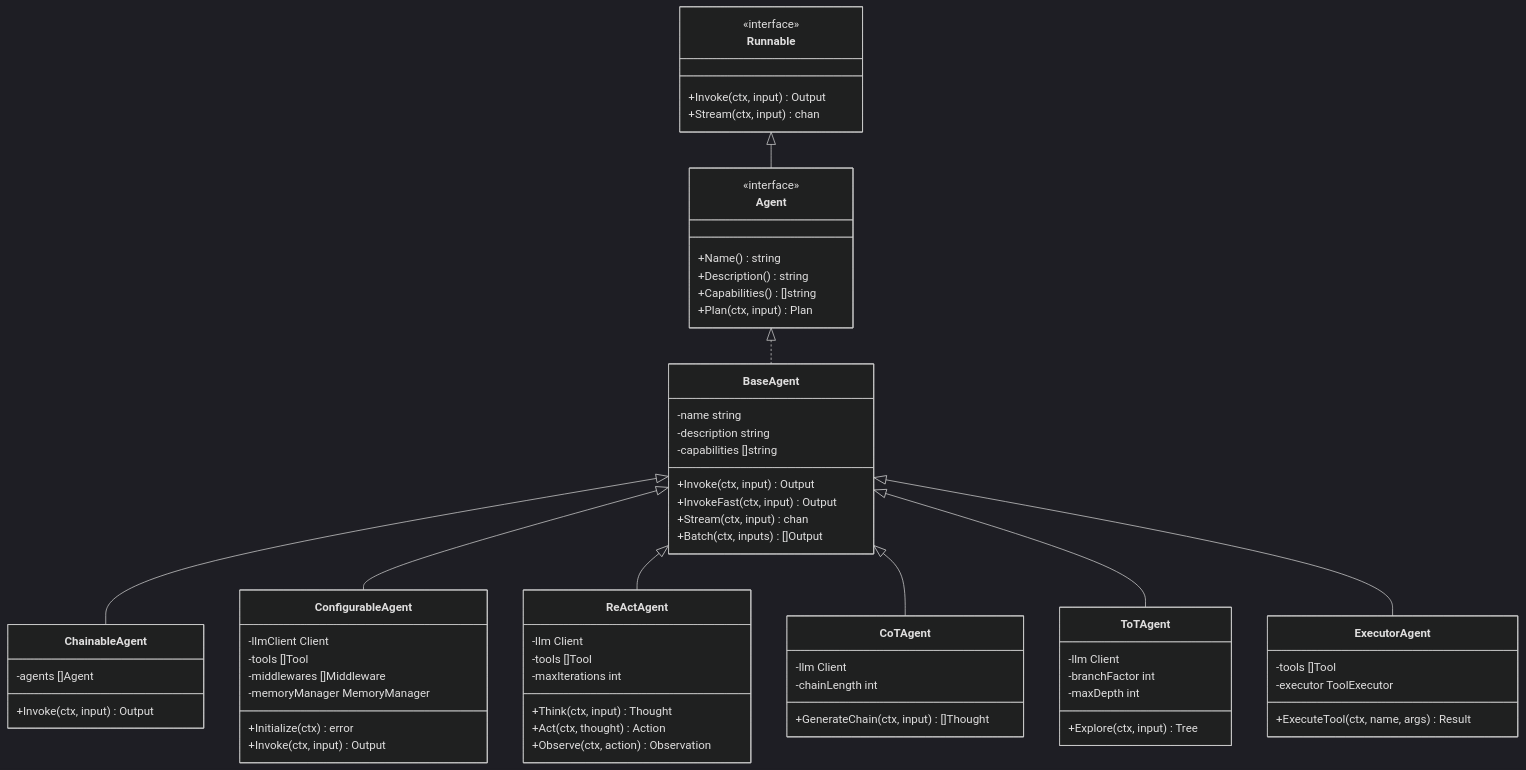
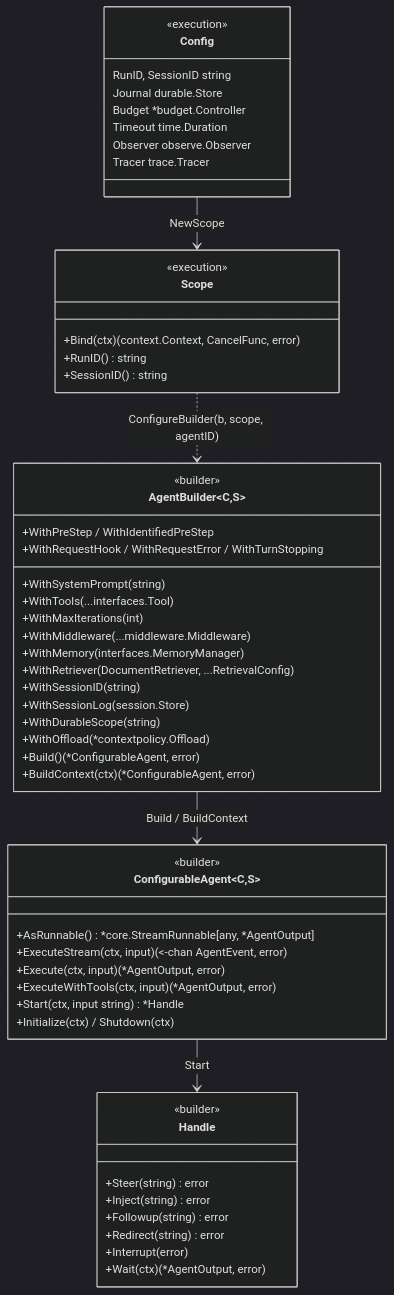
Before and after one commit to kart-io/goagent: the first of 5 diagrams in docs/architecture/COMPONENT_DIAGRAM.md, drawn with Mermaid (dark theme). The commit also changed other lines of this file and 87 other files, not shown here.

````diff
--- a/docs/architecture/COMPONENT_DIAGRAM.md
+++ b/docs/architecture/COMPONENT_DIAGRAM.md
@@ -176,77 +7,57 @@
 ```mermaid
 classDiagram
-    class Runnable {
-        <<interface>>
-        +Invoke(ctx, input) Output
-        +Stream(ctx, input) chan
+    class AgentBuilder~C,S~ {
+        <<builder>>
+        +WithSystemPrompt(string)
+        +WithTools(...interfaces.Tool)
+        +WithMaxIterations(int)
+        +WithMiddleware(...middleware.Middleware)
+        +WithMemory(interfaces.MemoryManager)
+        +WithRetriever(DocumentRetriever, ...RetrievalConfig)
+        +WithSessionID(string)
+        +WithSessionLog(session.Store)
+        +WithDurableScope(string)
+        +WithPreStep / WithIdentifiedPreStep
+        +WithRequestHook / WithRequestError / WithTurnStopping
+        +WithOffload(*contextpolicy.Offload)
+        +Build() (*ConfigurableAgent, error)
+        +BuildContext(ctx) (*ConfigurableAgent, error)
     }
-
-    class Agent {
-        <<interface>>
-        +Name() string
-        +Description() string
-        +Capabilities() []string
-        +Plan(ctx, input) Plan
+    class ConfigurableAgent~C,S~ {
+        <<builder>>
+        +AsRunnable() *core.StreamRunnable[any, *AgentOutput]
+        +ExecuteStream(ctx, input) (<-chan AgentEvent, error)
+        +Execute(ctx, input) (*AgentOutput, error)
+        +ExecuteWithTools(ctx, input) (*AgentOutput, error)
+        +Start(ctx, input string) *Handle
+        +Initialize(ctx) / Shutdown(ctx)
     }
-
-    class BaseAgent {
-        -name string
-        -description string
-        -capabilities []string
-        +Invoke(ctx, input) Output
-        +InvokeFast(ctx, input) Output
-        +Stream(ctx, input) chan
-        +Batch(ctx, inputs) []Output
+    class Handle {
+        <<builder>>
+        +Steer(string) error
+        +Inject(string) error
+        +Followup(string) error
+        +Redirect(string) error
+        +Interrupt(error)
+        +Wait(ctx) (*AgentOutput, error)
     }
-
-    class ChainableAgent {
-        -agents []Agent
-        +Invoke(ctx, input) Output
+    class Scope {
+        <<execution>>
+        +Bind(ctx) (context.Context, CancelFunc, error)
+        +RunID() string
+        +SessionID() string
     }
-
-    class ConfigurableAgent {
-        -llmClient Client
-        -tools []Tool
-        -middlewares []Middleware
-        -memoryManager MemoryManager
-        +Initialize(ctx) error
-        +Invoke(ctx, input) Output
+    class Config {
+        <<execution>>
+        RunID, SessionID string
+        Journal durable.Store
+        Budget *budget.Controller
+        Timeout time.Duration
+        Observer observe.Observer
+        Tracer trace.Tracer
     }
-
-    class ReActAgent {
-        -llm Client
-        -tools []Tool
-        -maxIterations int
-        +Think(ctx, input) Thought
-        +Act(ctx, thought) Action
-        +Observe(ctx, action) Observation
-    }
-
-    class CoTAgent {
-        -llm Client
-        -chainLength int
-        +GenerateChain(ctx, input) []Thought
-    }
-
-    class ToTAgent {
-        -llm Client
-        -branchFactor int
-        -maxDepth int
-        +Explore(ctx, input) Tree
-    }
-
-    class ExecutorAgent {
-        -tools []Tool
-        -executor ToolExecutor
-        +ExecuteTool(ctx, name, args) Result
-    }
-
-    Runnable <|-- Agent
-    Agent <|.. BaseAgent
-    BaseAgent <|-- ChainableAgent
-    BaseAgent <|-- ConfigurableAgent
-    BaseAgent <|-- ReActAgent
-    BaseAgent <|-- CoTAgent
-    BaseAgent <|-- ToTAgent
-    BaseAgent <|-- ExecutorAgent
+    AgentBuilder --> ConfigurableAgent : Build / BuildContext
+    ConfigurableAgent --> Handle : Start
+    Config --> Scope : NewScope
+    Scope ..> AgentBuilder : ConfigureBuilder(b, scope, agentID)
 ```
````
